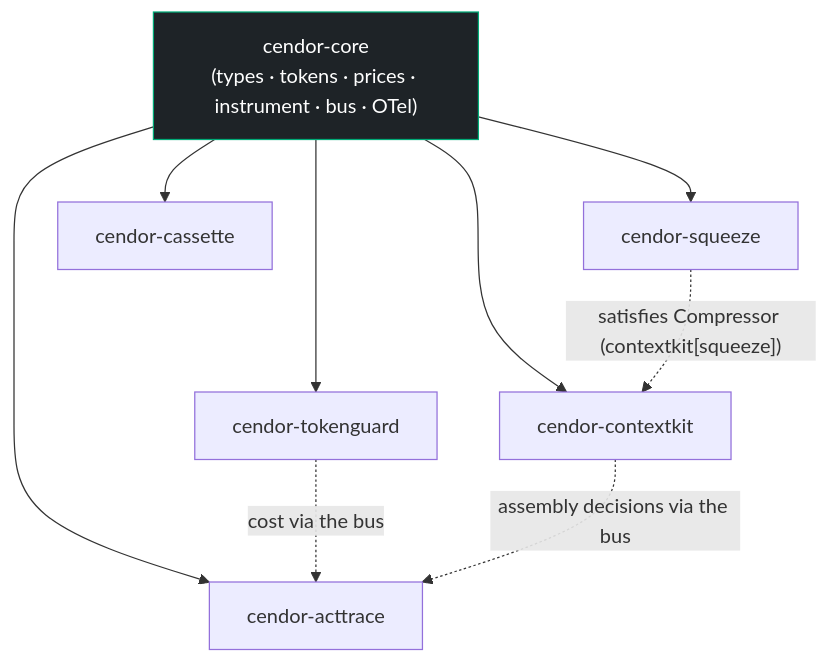
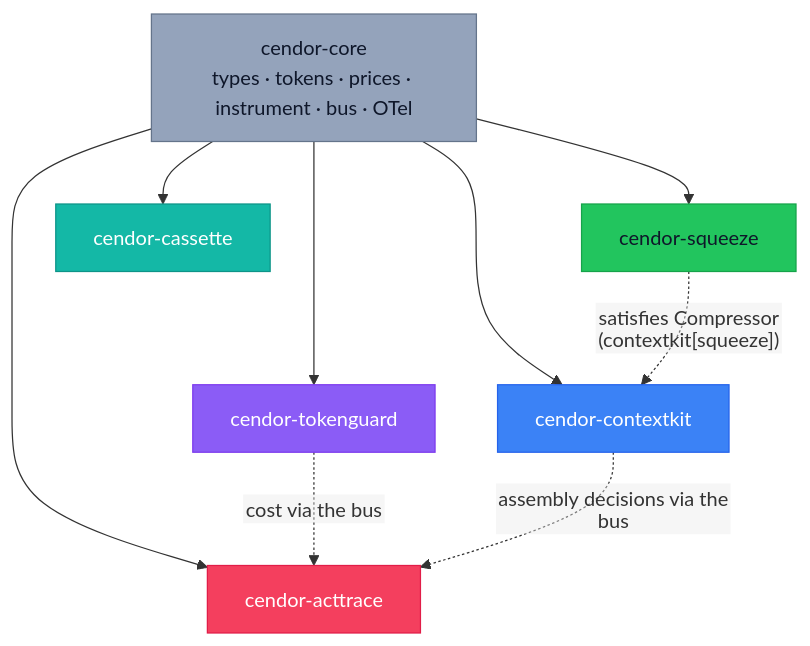
The second of 2 diagrams in docs/architecture.md (cendorhq/cendor-libs), drawn with Mermaid before and after one commit. The commit also changed other lines of this file and 14 other files, not shown here.

````diff
--- a/docs/architecture.md
+++ b/docs/architecture.md
@@ -91,15 +89,22 @@
 ```mermaid
+%%{init: {"flowchart": {"htmlLabels": false}} }%%
 graph TD
-    core["cendor-core<br/>(types · tokens · prices · instrument · bus · OTel)"]
-    ck[cendor-contextkit]
-    sq[cendor-squeeze]
-    tg[cendor-tokenguard]
-    cs[cendor-cassette]
-    at[cendor-acttrace]
+    core["cendor-core<br/>types · tokens · prices · instrument · bus · OTel"]
+    ck["cendor-contextkit"]
+    sq["cendor-squeeze"]
+    tg["cendor-tokenguard"]
+    cs["cendor-cassette"]
+    at["cendor-acttrace"]
     core --> ck & sq & tg & cs & at
     sq -. "satisfies Compressor (contextkit[squeeze])" .-> ck
     tg -. "cost via the bus" .-> at
     ck -. "assembly decisions via the bus" .-> at
-    classDef foundation fill:#1e2327,stroke:#0a7,color:#fff;
-    class core foundation;
+
+    classDef co fill:#94A3BB,color:#0F172A,stroke:#64748B;
+    classDef ck fill:#3B82F6,color:#ffffff,stroke:#2563EB;
+    classDef sq fill:#22C55E,color:#0F172A,stroke:#16A34A;
+    classDef tg fill:#8B5CF6,color:#ffffff,stroke:#7C3AED;
+    classDef cs fill:#14B8A6,color:#ffffff,stroke:#0D9488;
+    classDef at fill:#F43F5E,color:#ffffff,stroke:#E11D48;
+    class core co; class ck ck; class sq sq; class tg tg; class cs cs; class at at;
 ```
````
